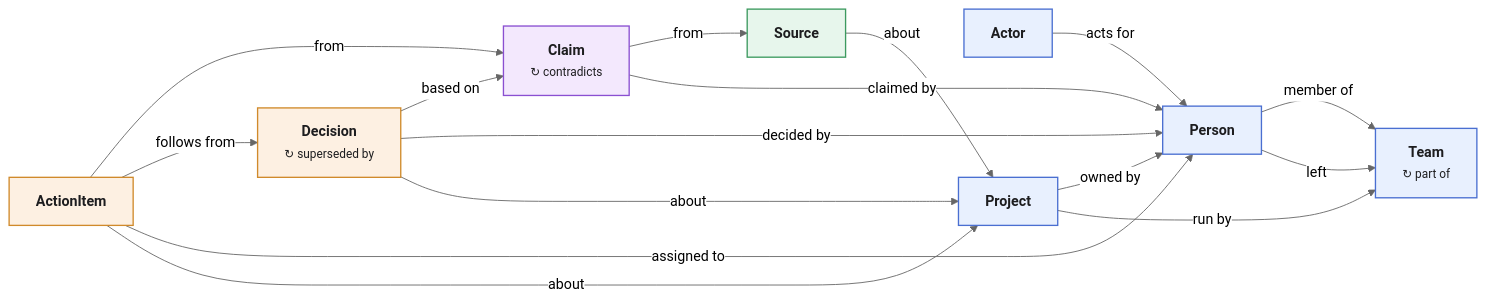
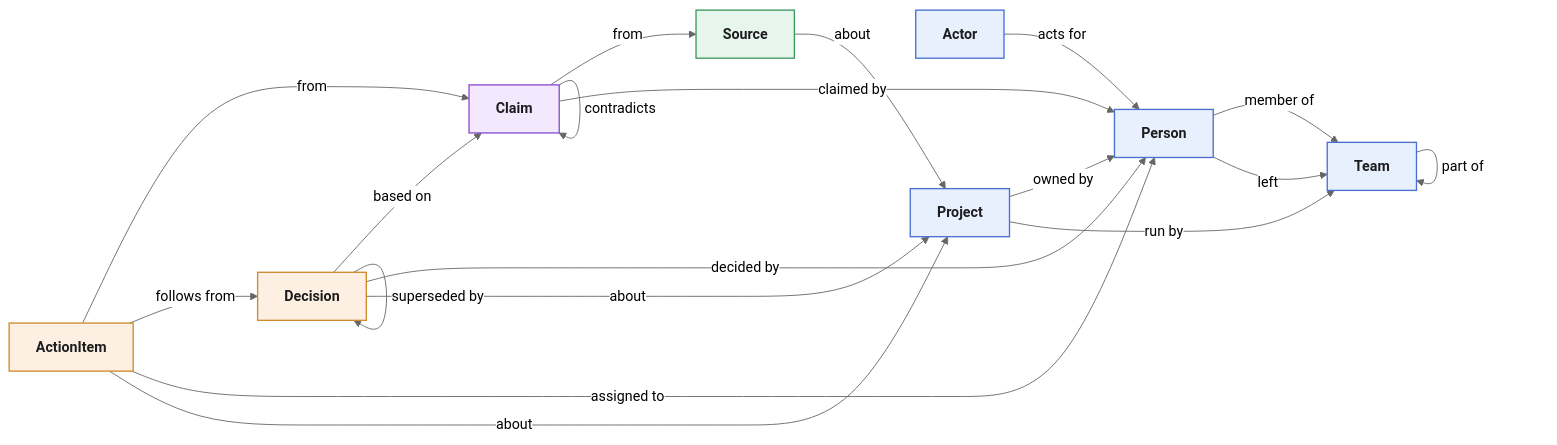
The diagram in company-brain/ONTOLOGY.md (ModernRelay/ontologies), drawn with Mermaid (neutral theme) before and after one commit. The commit also changed 6 other files, not shown here.

Commit message:
Draw self-relations as loops in the diagrams

````diff
--- a/company-brain/ONTOLOGY.md
+++ b/company-brain/ONTOLOGY.md
@@ -46,30 +46,33 @@
 ```mermaid
 flowchart LR
   classDef L0 fill:#e8f0fe,stroke:#4a6fd1,color:#1d1d1f,stroke-width:1.5px
   Person["<b>Person</b>"]:::L0
   Actor["<b>Actor</b>"]:::L0
-  Team["<b>Team</b><br/><small>↻ part of</small>"]:::L0
+  Team["<b>Team</b>"]:::L0
   Project["<b>Project</b>"]:::L0
   classDef L1 fill:#e7f6ec,stroke:#3c9a5f,color:#1d1d1f,stroke-width:1.5px
   Source["<b>Source</b>"]:::L1
   classDef L2 fill:#f3e8fd,stroke:#8a4fd1,color:#1d1d1f,stroke-width:1.5px
-  Claim["<b>Claim</b><br/><small>↻ contradicts</small>"]:::L2
+  Claim["<b>Claim</b>"]:::L2
   classDef L3 fill:#fdf0e2,stroke:#d08a2b,color:#1d1d1f,stroke-width:1.5px
-  Decision["<b>Decision</b><br/><small>↻ superseded by</small>"]:::L3
+  Decision["<b>Decision</b>"]:::L3
   ActionItem["<b>ActionItem</b>"]:::L3
   Person -->|"member of"| Team
   Person -->|"left"| Team
   Actor -->|"acts for"| Person
   Project -->|"owned by"| Person
   Project -->|"run by"| Team
   Source -->|"about"| Project
   Claim -->|"from"| Source
   Claim -->|"claimed by"| Person
   Decision -->|"based on"| Claim
   Decision -->|"decided by"| Person
   Decision -->|"about"| Project
   ActionItem -->|"from"| Claim
   ActionItem -->|"follows from"| Decision
   ActionItem -->|"assigned to"| Person
   ActionItem -->|"about"| Project
+  Team -->|"part of"| Team
+  Claim -->|"contradicts"| Claim
+  Decision -->|"superseded by"| Decision
 ```
````
